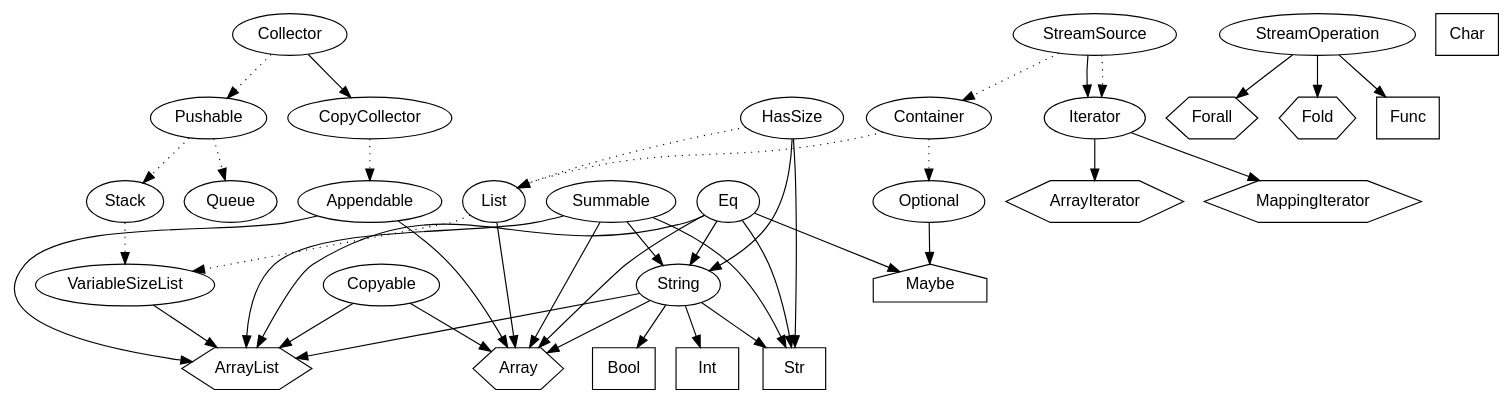
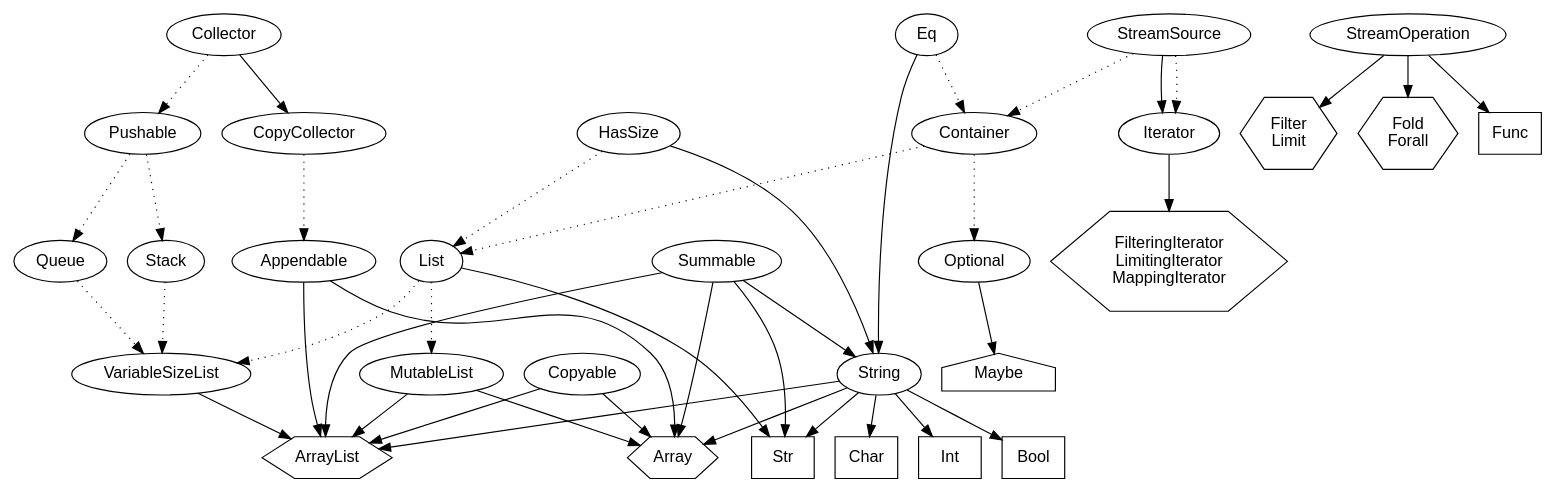
The diagram in doc/types.dot (fergusq/pscript), drawn with Graphviz before and after one commit. The commit also changed 6 other files, not shown here.

Commit message:
extended Str with List + Char with String + added MutableList

```diff
--- a/doc/types.dot
+++ b/doc/types.dot
@@ -1,115 +1,120 @@
 digraph G {
     node [fontname="sans-serif"]
     // Models
     String [shape="oval"]
     HasSize [shape="oval"]
     Copyable [shape="oval"]
     Container [shape="oval", group="collections"]
     Optional [shape="oval", group="collections"]
     List [shape="oval", group="collections"]
+    MutableList [shape="oval", group="collections"]
     VariableSizeList [shape="oval", group="collections"]
     Stack [shape="oval", group="collections"]
     Queue [shape="oval", group="collections"]
     Appendable [shape="oval", group="collectors"]
     Pushable [shape="oval", group="collectors"]
     Summable [shape="oval", group="collections"]
     
     StreamSource [shape="oval", group="pipes"]
     StreamOperation [shape="oval", group="pipes"]
     Collector [shape="oval", group="collectors"]
     CopyCollector [shape="oval", group="collectors"]
     Iterator [shape="oval", group="iterators"]
     
     // Structs
     /**/ArrayList [shape="hexagon", group="collections"]
     /**/Array [shape="hexagon", group="collections"]
-    /**/ArrayIterator [shape="hexagon", group="iterators"]
-    /**/MappingIterator [shape="hexagon", group="iterators"]
-    /**/Forall [shape="hexagon", group="pipes"]
-    /**/Fold [shape="hexagon", group="pipes"]
+    /**/PipeIterator [label="FilteringIterator\nLimitingIterator\nMappingIterator", shape="hexagon", group="iterators"]
+    /**/PipeOp [label="Filter\nLimit", shape="hexagon", group="pipes"]
+    /**/PipeEnd [label="Fold\nForall", shape="hexagon", group="pipes"]
     
     // Enums
     /**/Maybe [shape="house", group="collections"]
     
     // Primitive types
     /**/Str [shape="box", group="primitives"]
     /**/Int [shape="box", group="primitives"]
     /**/Bool [shape="box", group="primitives"]
     /**/Char [shape="box", group="primitives"]
     /**/Func [shape="box", group="primitives"]
     
     /**/String -> Int
+    /**/String -> Char
     /**/String -> Bool
     /**/String -> Str
     /**/String -> Array
     /**/String -> ArrayList
     
-    Copyable -> Array
-    Copyable -> ArrayList
+    /**/Copyable -> Array
+    /**/Copyable -> ArrayList
     
-    /**/HasSize -> Str
+    //+HasSize -> Str
     HasSize -> String
     //+HasSize -> Array
     //+HasSize -> ArrayList
     
-    /**/Eq -> Str
+    //+Eq -> Str
     Eq -> String
-    /**/Eq -> Array
-    /**/Eq -> ArrayList
-    /**/Eq -> Maybe
+    //+Eq -> Array
+    //+Eq -> ArrayList
+    //+Eq -> Maybe
     
+    Eq -> Container [style=dotted]
     StreamSource -> Container [style=dotted]
     //+Container -> Array
     //+Container -> ArrayList
     //+Container -> Maybe
     
     HasSize -> List [style=dotted]
     Container -> List [style=dotted]
-    /**/List -> Array
-    //+List -> ArrayList
+    /**/List -> Str
+    
+    List -> MutableList [style=dotted]
+    /**/MutableList -> Array
+    /**/MutableList -> ArrayList
     
     List -> VariableSizeList [style=dotted]
     Stack -> VariableSizeList [style=dotted]
+    Queue -> VariableSizeList [style=dotted]
     /**/VariableSizeList -> ArrayList
     
     Pushable -> Stack [style=dotted]
     //+Stack -> ArrayList
     
     Pushable -> Queue [style=dotted]
     
     //+StreamSource -> Maybe
     //+StreamSource -> Array
     //+StreamSource -> ArrayList
     StreamSource -> Iterator
     //+StreamSource -> ArrayIterator
     //+StreamSource -> MappingIterator
     
     /**/StreamOperation -> Func
-    /**/StreamOperation -> Fold
-    /**/StreamOperation -> Forall
+    /**/StreamOperation -> PipeOp
+    /**/StreamOperation -> PipeEnd
     
     /**/Summable -> Str
     Summable -> String
     /**/Summable -> Array
     /**/Summable -> ArrayList
     
     CopyCollector -> Appendable [style=dotted]
     /**/Appendable -> Array
     /**/Appendable -> ArrayList
     
     //+CopyCollector -> Array
     //+CopyCollector -> ArrayList
     
     Collector -> Pushable [style=dotted]
     //+Pushable -> ArrayList
     
     //+Collector -> ArrayList
     Collector -> CopyCollector
     
     StreamSource -> Iterator [style=dotted]
-    /**/Iterator -> ArrayIterator
-    /**/Iterator -> MappingIterator
+    /**/Iterator -> PipeIterator
     
     Container -> Optional [style=dotted]
     /**/Optional -> Maybe
 }
```
